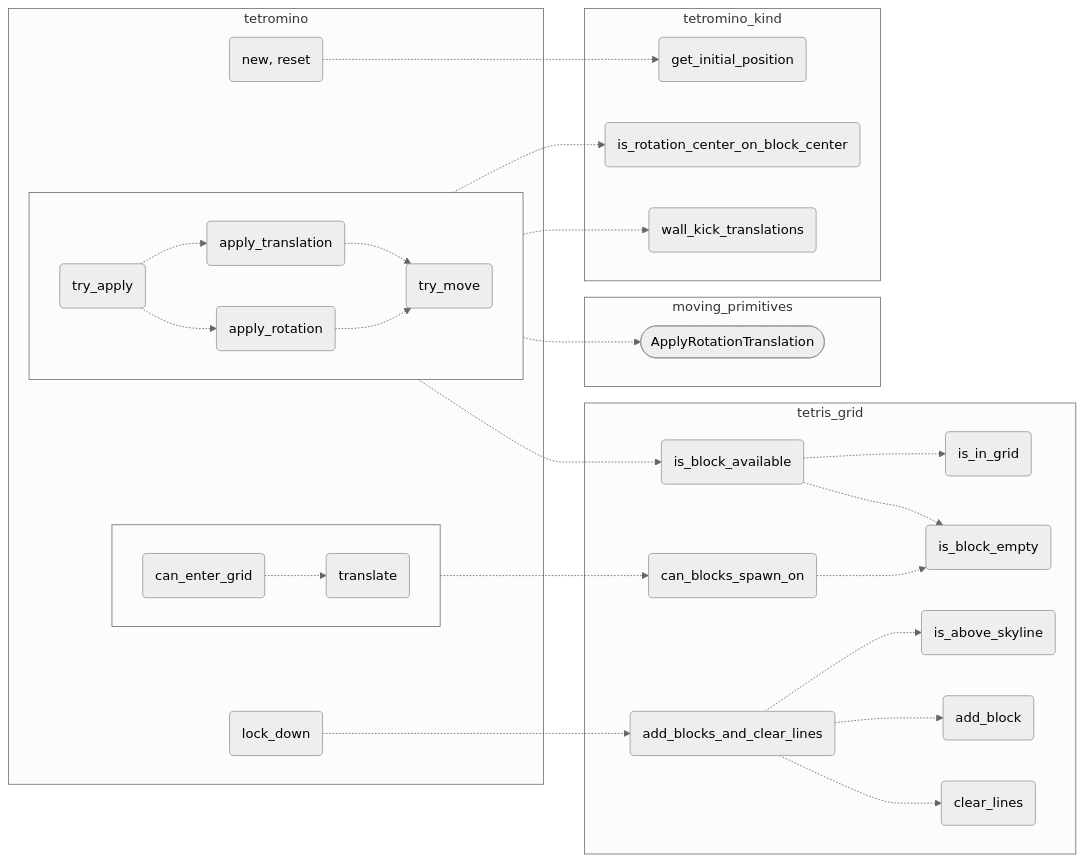
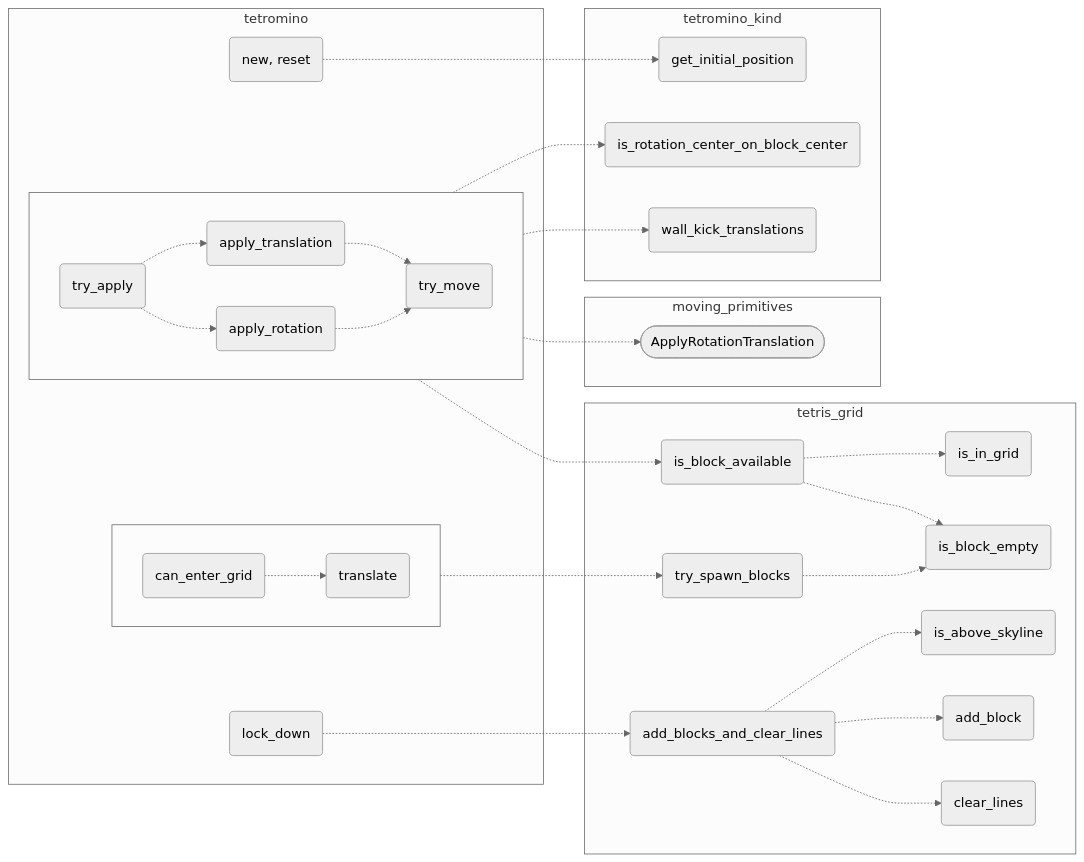
The diagram in tetris_core/src/tetromino/tetromino_internals.mmd (inesvar/tetris), drawn with Mermaid (neutral theme) before and after one commit. The commit also changed 3 other files, not shown here.

Commit message:
tetris_grid: Rename can_blocks_spawn_on -> try_spawn_blocks

```diff
--- a/tetris_core/src/tetromino/tetromino_internals.mmd
+++ b/tetris_core/src/tetromino/tetromino_internals.mmd
@@ -1,70 +1,70 @@
 graph LR
     %% objects
     is_in_grid(is_in_grid)
     is_block_empty(is_block_empty)
     is_above_skyline(is_above_skyline)
     add_block(add_block)
     clear_lines(clear_lines)
     is_block_available(is_block_available)
-    can_blocks_spawn_on(can_blocks_spawn_on)
+    try_spawn_blocks(try_spawn_blocks)
     add_blocks(add_blocks_and_clear_lines)
     try_apply(try_apply)
     apply_rotation(apply_rotation)
     apply_translation(apply_translation)
     try_move(try_move)
     can_enter_grid(can_enter_grid)
     lock_down(lock_down)
     new(new, reset)
     get_initial_position(get_initial_position)
     is_rotation_center_on_block_center(is_rotation_center_on_block_center)
     wall_kick_translations(wall_kick_translations)
     ApplyRotationTranslation([ApplyRotationTranslation])
     translate(translate)
 
     %% modules
     tetris_grid[tetris_grid]
     tetromino[tetromino]
     tetromino_kind[tetromino_kind]
 
     subgraph tetris_grid
         is_block_available -.-> is_in_grid
         is_block_available -.-> is_block_empty
-        can_blocks_spawn_on -.-> is_block_empty
+        try_spawn_blocks -.-> is_block_empty
         add_blocks -.-> add_block
         add_blocks -.-> clear_lines
         add_blocks -.-> is_above_skyline
     end
 
     subgraph tetromino
         new
         subgraph can_enter_grid_group[ ]
             direction LR
             can_enter_grid -.-> translate
         end
         lock_down
         subgraph apply_group[ ]
             direction LR
             try_apply -.-> apply_translation
             try_apply -.-> apply_rotation
             apply_translation -.-> try_move
             apply_rotation -.-> try_move
         end
     end
 
     subgraph moving_primitives
         ApplyRotationTranslation
     end
 
     subgraph tetromino_kind
         get_initial_position
         wall_kick_translations
         is_rotation_center_on_block_center
     end
 
     new -.-> get_initial_position
     apply_group -.-> is_block_available
     apply_group -.-> is_rotation_center_on_block_center
     apply_group -.-> wall_kick_translations
     apply_group -.-> ApplyRotationTranslation
-    can_enter_grid_group -.-> can_blocks_spawn_on
+    can_enter_grid_group -.-> try_spawn_blocks
     lock_down -.-> add_blocks
```
